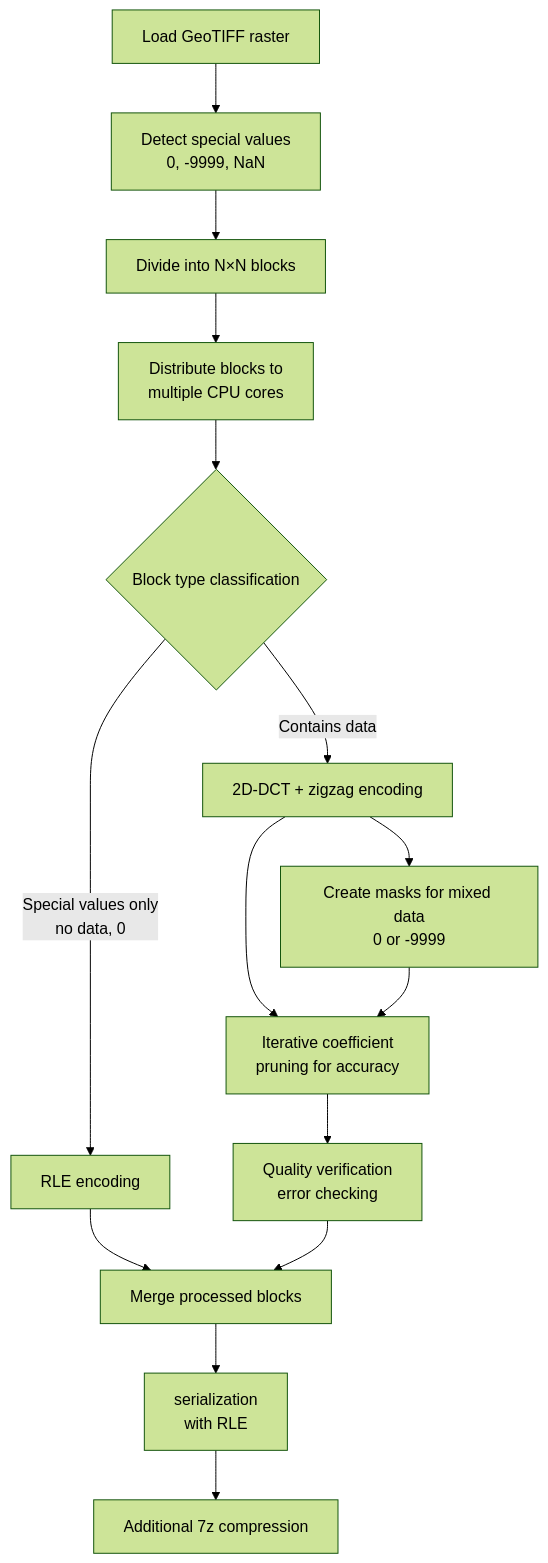
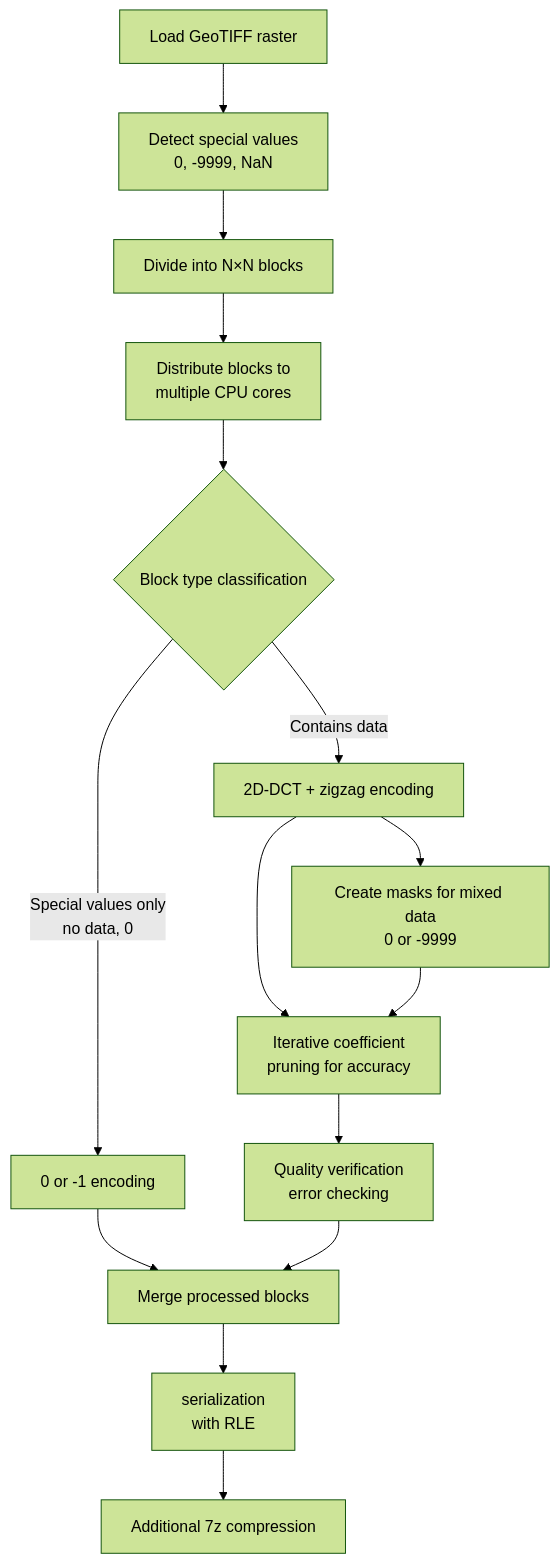
Before and after one commit to ZSIP/FIDWaC: the second of 2 diagrams in README.md, drawn with Mermaid (forest theme).

````diff
--- a/README.md
+++ b/README.md
@@ -197,17 +197,17 @@
 ```mermaid
 graph TB
     A[Load GeoTIFF raster] --> B[Detect special values<br>0, -9999, NaN]
     B --> C[Divide into N×N blocks]
     C --> D[Distribute blocks to<br>multiple CPU cores]
     D --> E{Block type classification}
-    E -->|Special values only <br> no data, 0 | F1[RLE encoding]
+    E -->|Special values only <br> no data, 0 | F1[0 or -1 encoding]
     E -->|Contains data| F2[2D-DCT + zigzag encoding]
     F2 --> G[Iterative coefficient<br>pruning for accuracy]
     G --> H[Quality verification<br>error checking]
     F1 --> I[Merge processed blocks]
     H --> I
     I --> J[serialization<br>with RLE]
     J --> K[Additional 7z compression]
     F2 --> L[Create masks for mixed data<br>0 or -9999]
     L --> G
 ```
````
